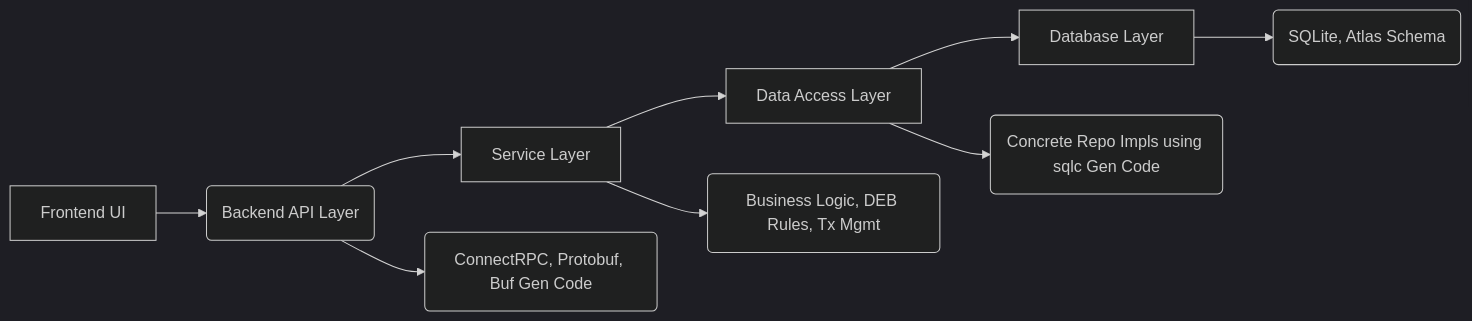
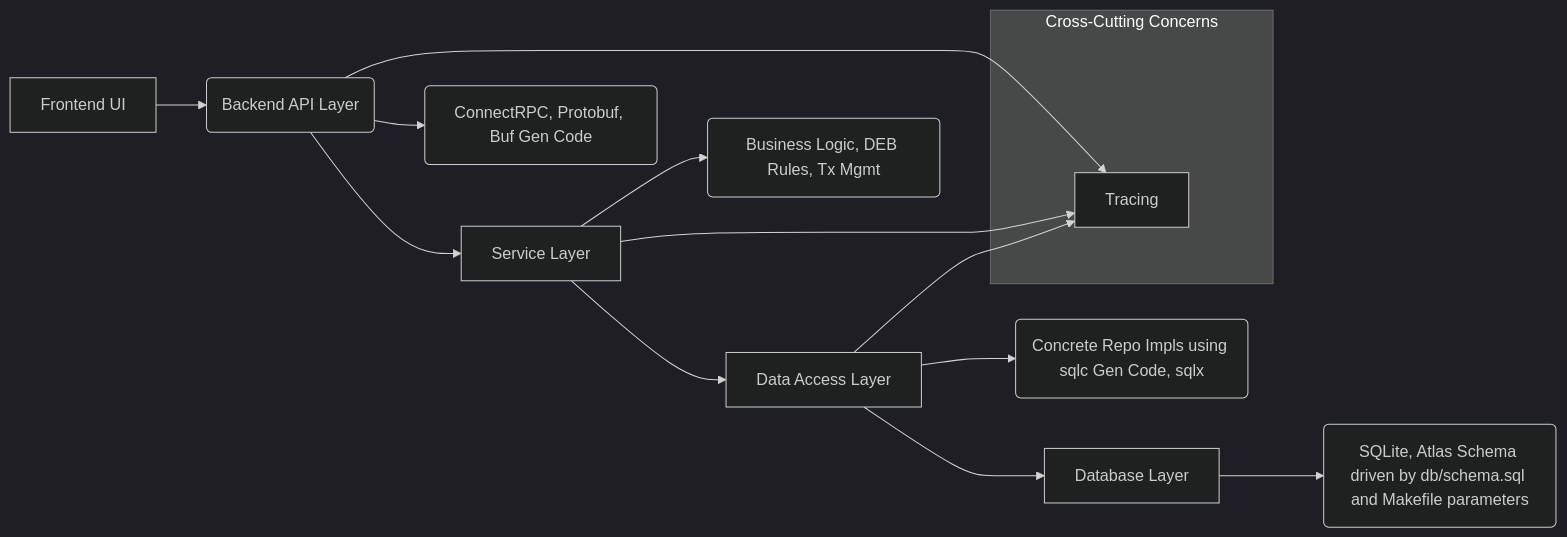
Before and after one commit to atreya2011/expense-manager: the diagram in memory-bank/systemPatterns.md, drawn with Mermaid (dark theme). The commit also changed other lines of this file and 4 other files, not shown here.

Commit message:
docs(memory-bank): integrate sqlx and OpenTelemetry for enhanced database operations and tracing

````diff
--- a/memory-bank/systemPatterns.md
+++ b/memory-bank/systemPatterns.md
@@ -7,13 +7,24 @@
 ```mermaid
 graph LR
     A[Frontend UI] --> B(Backend API Layer);
     B --> C[Service Layer];
     C --> D[Data Access Layer];
     D --> E[Database Layer];
 
     %% Descriptions
     B(Backend API Layer) --> B_Desc(ConnectRPC, Protobuf, Buf Gen Code);
     C[Service Layer] --> C_Desc(Business Logic, DEB Rules, Tx Mgmt);
-    D[Data Access Layer] --> D_Desc(Concrete Repo Impls using sqlc Gen Code);
-    E[Database Layer] --> E_Desc(SQLite, Atlas Schema);
+    D[Data Access Layer] --> D_Desc(Concrete Repo Impls using sqlc Gen Code, sqlx);
+    E[Database Layer] --> E_Desc(SQLite, Atlas Schema driven by db/schema.sql and Makefile parameters);
+
+    %% Add Tracing
+    subgraph Cross-Cutting Concerns
+        F[Tracing];
+    end
+    %% API Layer interacts with Tracing
+    B --> F;
+    %% Service Layer interacts with Tracing
+    C --> F;
+    %% Data Access Layer interacts with Tracing
+    D --> F;
 ```
````
